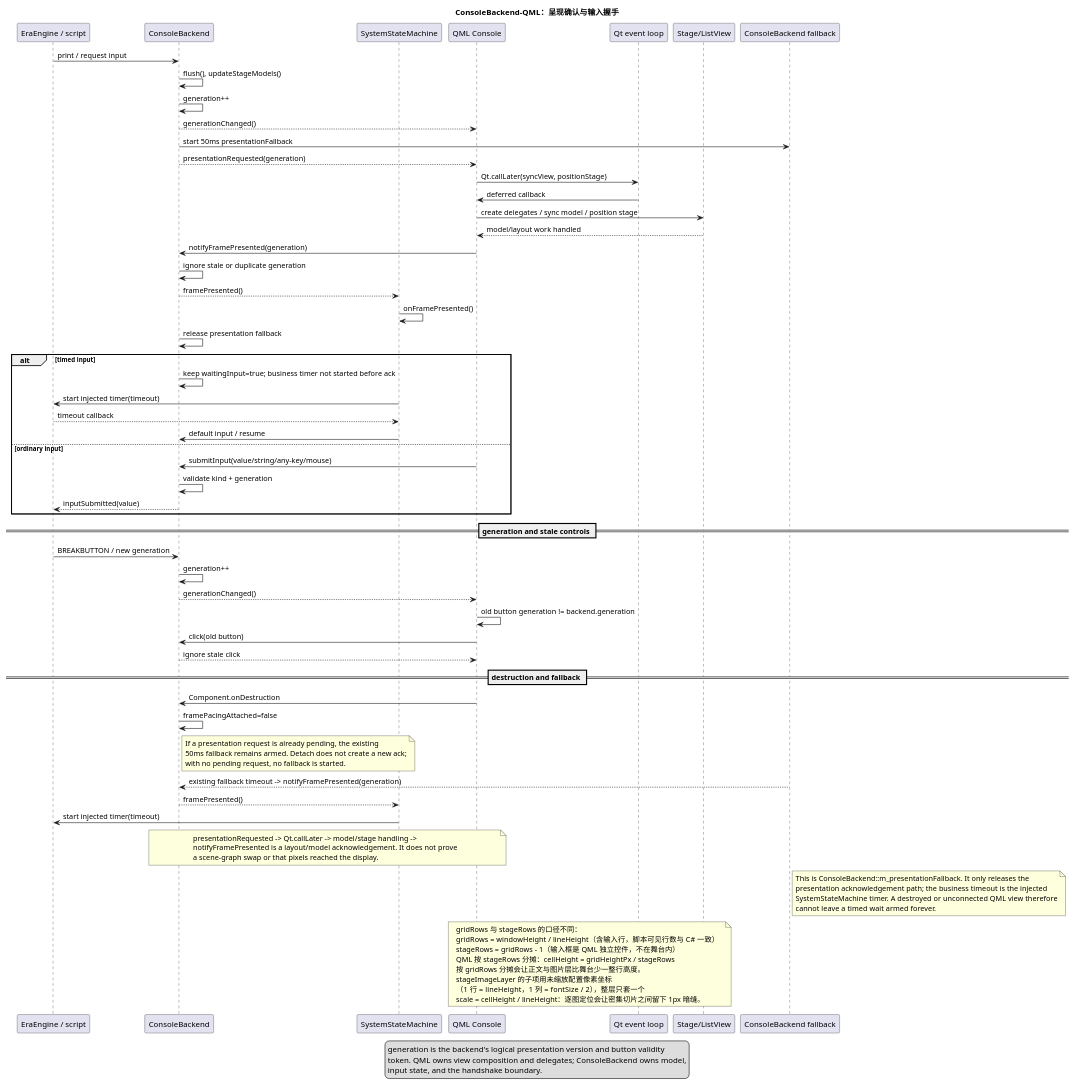
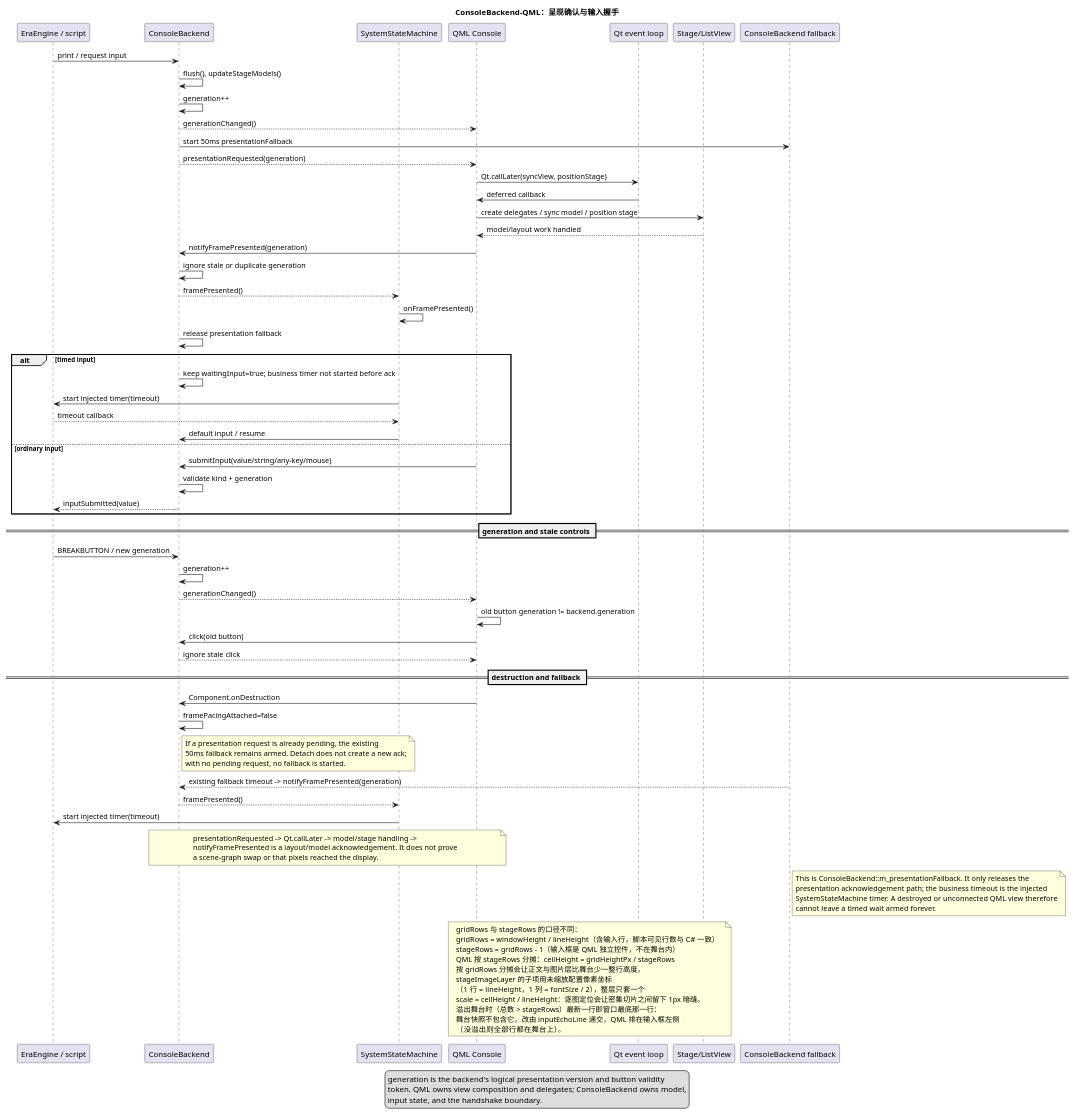
Before and after one commit to yigekuyou/qt-eraemu: the diagram in docs/uml/15-console-qml-handshake.puml, drawn with PlantUML. The commit also changed 7 other files, not shown here.

```diff
--- a/docs/uml/15-console-qml-handshake.puml
+++ b/docs/uml/15-console-qml-handshake.puml
@@ -1,93 +1,96 @@
 @startuml 15-console-qml-handshake
 !pragma layout smetana
 ' ConsoleBackend 与 QML 的 presentation/input 握手。
 ' 来源：GameView/console_backend.h/.cpp, qml/Console.qml, qml/ConsoleBlock.qml
 
 title ConsoleBackend-QML：呈现确认与输入握手
 
 participant "EraEngine / script" as E
 participant "ConsoleBackend" as B
 participant "SystemStateMachine" as S
 participant "QML Console" as C
 participant "Qt event loop" as Qt
 participant "Stage/ListView" as V
 participant "ConsoleBackend fallback" as F
 
 E -> B : print / request input
 B -> B : flush(), updateStageModels()
 B -> B : generation++
 B --> C : generationChanged()
 B -> F : start 50ms presentationFallback
 B --> C : presentationRequested(generation)
 C -> Qt : Qt.callLater(syncView, positionStage)
 Qt -> C : deferred callback
 C -> V : create delegates / sync model / position stage
 V --> C : model/layout work handled
 C -> B : notifyFramePresented(generation)
 B -> B : ignore stale or duplicate generation
 B --> S : framePresented()
 S -> S : onFramePresented()
 B -> B : release presentation fallback
 
 alt timed input
   B -> B : keep waitingInput=true; business timer not started before ack
   S -> E : start injected timer(timeout)
   E --> S : timeout callback
   S -> B : default input / resume
 else ordinary input
   C -> B : submitInput(value/string/any-key/mouse)
   B -> B : validate kind + generation
   B --> E : inputSubmitted(value)
 end
 
 == generation and stale controls ==
 E -> B : BREAKBUTTON / new generation
 B -> B : generation++
 B --> C : generationChanged()
 C -> C : old button generation != backend.generation
 C -> B : click(old button)
 B --> C : ignore stale click
 
 == destruction and fallback ==
 C -> B : Component.onDestruction
 B -> B : framePacingAttached=false
 note right of B
   If a presentation request is already pending, the existing
   50ms fallback remains armed. Detach does not create a new ack;
   with no pending request, no fallback is started.
 end note
 F --> B : existing fallback timeout -> notifyFramePresented(generation)
 B --> S : framePresented()
 S -> E : start injected timer(timeout)
 
 note over B,C
   presentationRequested -> Qt.callLater -> model/stage handling ->
   notifyFramePresented is a layout/model acknowledgement. It does not prove
   a scene-graph swap or that pixels reached the display.
 end note
 
 note right of F
   This is ConsoleBackend::m_presentationFallback. It only releases the
   presentation acknowledgement path; the business timeout is the injected
   SystemStateMachine timer. A destroyed or unconnected QML view therefore
   cannot leave a timed wait armed forever.
 end note
 
 
 note over C,V
   gridRows 与 stageRows 的口径不同：
   gridRows  = windowHeight / lineHeight（含输入行，脚本可见行数与 C# 一致）
   stageRows = gridRows - 1（输入框是 QML 独立控件，不在舞台内）
   QML 按 stageRows 分摊：cellHeight = gridHeightPx / stageRows
   按 gridRows 分摊会让正文与图片层比舞台少一整行高度。
   stageImageLayer 的子项用未缩放配置像素坐标
   （1 行 = lineHeight，1 列 = fontSize / 2），整层只套一个
   scale = cellHeight / lineHeight：逐图定位会让密集切片之间留下 1px 暗缝。
+  溢出舞台时（总数 > stageRows）最新一行即窗口最底那一行：
+  舞台快照不包含它，改由 inputEchoLine 递交，QML 排在输入框左侧
+  （没溢出则全部行都在舞台上）。
 end note
 
 legend bottom
   generation is the backend's logical presentation version and button validity
   token. QML owns view composition and delegates; ConsoleBackend owns model,
   input state, and the handshake boundary.
 endlegend
 @enduml
```
